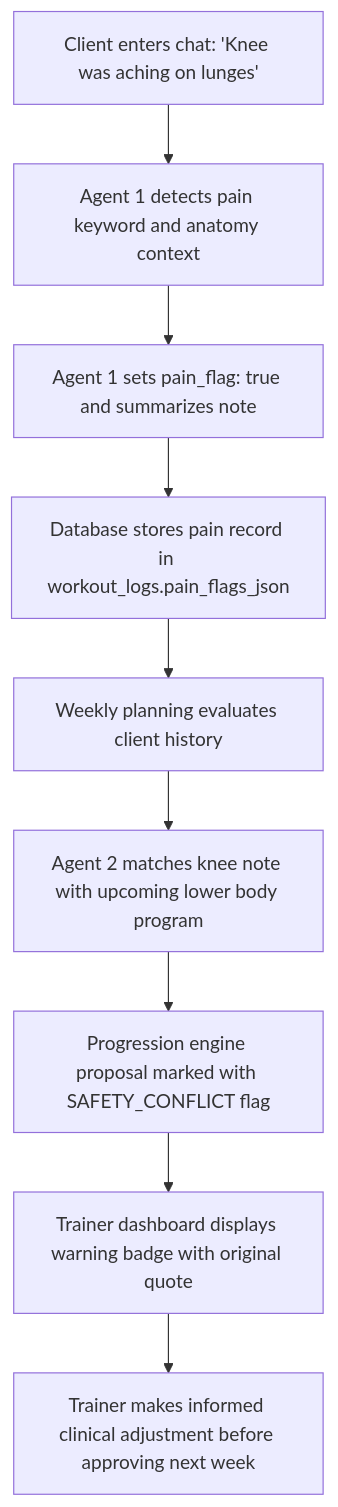
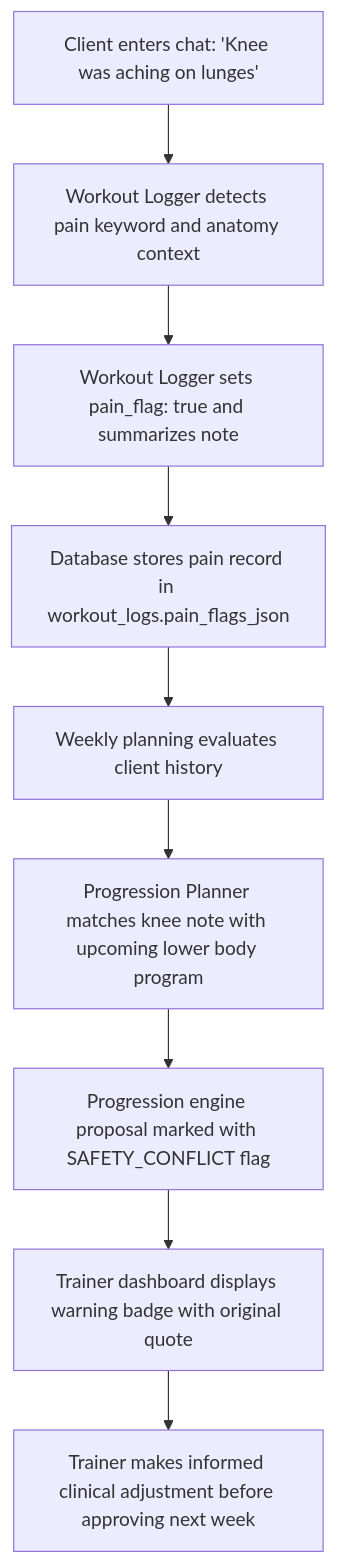
Before and after one commit to justin-day-pursuit/trainer-agent-app: the sixth of 7 diagrams in documents/03-user-flows.md, drawn with Mermaid. The commit also changed other lines of this file and 24 other files, not shown here.

Commit message:
docs(agents): adopt functional names (Workout Logger, Progression Planner, Trainer Assistant) across codebase and docs

````diff
--- a/documents/03-user-flows.md
+++ b/documents/03-user-flows.md
@@ -164,11 +164,11 @@
 ```mermaid
 flowchart TD
-    A["Client enters chat: 'Knee was aching on lunges'"] --> B["Agent 1 detects pain keyword and anatomy context"]
-    B --> C["Agent 1 sets pain_flag: true and summarizes note"]
+    A["Client enters chat: 'Knee was aching on lunges'"] --> B["Workout Logger detects pain keyword and anatomy context"]
+    B --> C["Workout Logger sets pain_flag: true and summarizes note"]
     C --> D["Database stores pain record in workout_logs.pain_flags_json"]
     D --> E["Weekly planning evaluates client history"]
-    E --> F["Agent 2 matches knee note with upcoming lower body program"]
+    E --> F["Progression Planner matches knee note with upcoming lower body program"]
     F --> G["Progression engine proposal marked with SAFETY_CONFLICT flag"]
     G --> H["Trainer dashboard displays warning badge with original quote"]
     H --> I["Trainer makes informed clinical adjustment before approving next week"]
 ```
````
